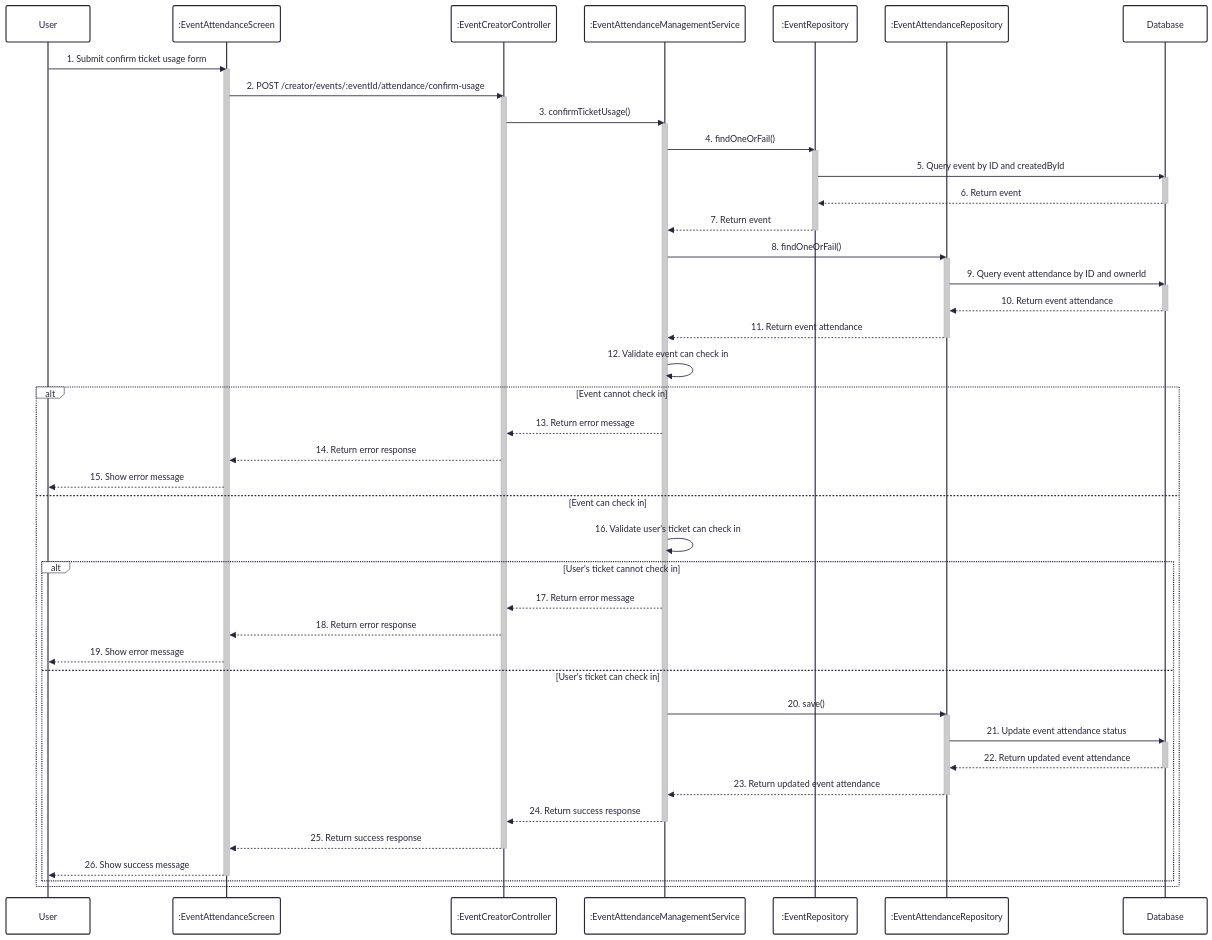
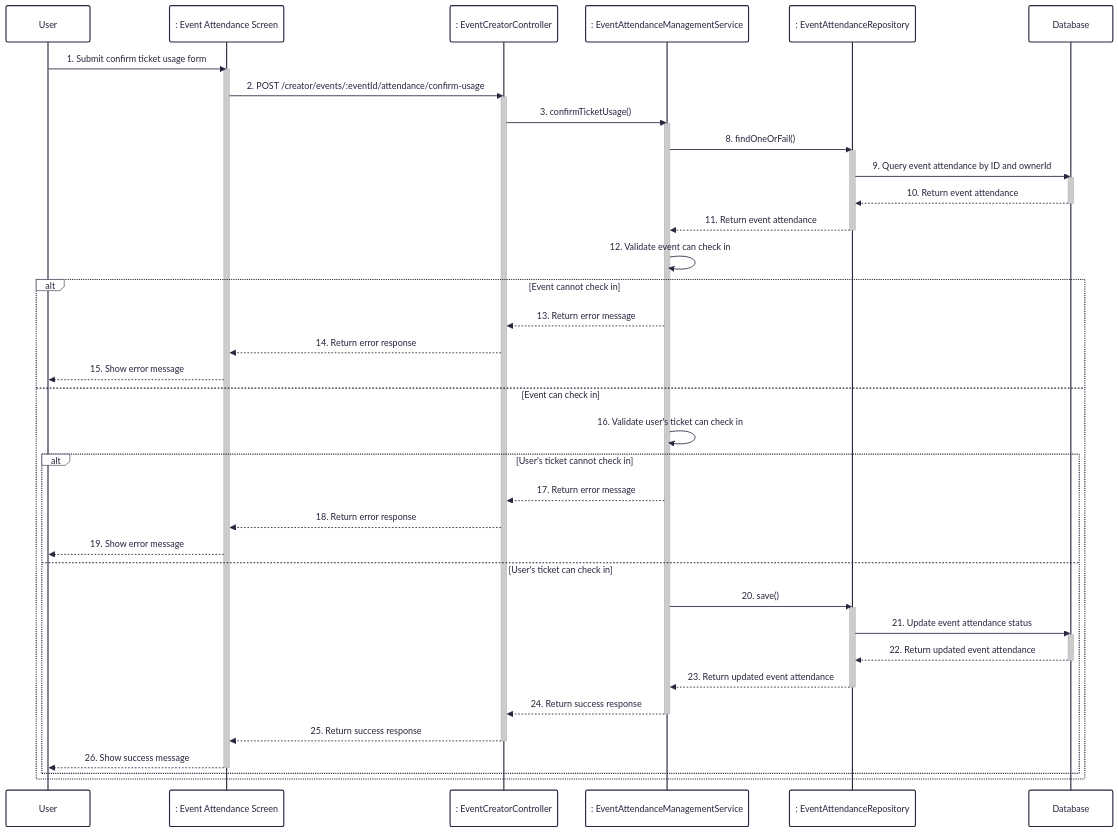
One commit to UrbanLens-2025/urban-lens_server changed the diagram in docs/sequence/10-confirm-ticket-usage.md. Above: the diagram before and after it, drawn with Mermaid. The commit also changed 29 other files, not shown here.

````diff
--- a/docs/sequence/10-confirm-ticket-usage.md
+++ b/docs/sequence/10-confirm-ticket-usage.md
@@ -1,66 +1,57 @@
 ```mermaid
 ---
 config:
   theme: redux
   look: classic
 ---
 sequenceDiagram
     participant User
-    participant EventAttendanceScreen as :EventAttendanceScreen
-    participant EventCreatorController as :EventCreatorController
-    participant EventAttendanceManagementService as :EventAttendanceManagementService
-    participant EventRepository as :EventRepository
-    participant EventAttendanceRepository as :EventAttendanceRepository
+    participant EventAttendanceScreen as : Event Attendance Screen
+    participant EventCreatorController as : EventCreatorController
+    participant EventAttendanceManagementService as : EventAttendanceManagementService
+    participant EventAttendanceRepository as : EventAttendanceRepository
     participant Database
 
     User->>EventAttendanceScreen: 1. Submit confirm ticket usage form
     activate EventAttendanceScreen
     EventAttendanceScreen->>EventCreatorController: 2. POST /creator/events/:eventId/attendance/confirm-usage
     activate EventCreatorController
     EventCreatorController->>EventAttendanceManagementService: 3. confirmTicketUsage()
     activate EventAttendanceManagementService
-    EventAttendanceManagementService->>EventRepository: 4. findOneOrFail()
-    activate EventRepository
-    EventRepository->>Database: 5. Query event by ID and createdById
-    activate Database
-    Database-->>EventRepository: 6. Return event
-    deactivate Database
-    EventRepository-->>EventAttendanceManagementService: 7. Return event
-    deactivate EventRepository
     EventAttendanceManagementService->>EventAttendanceRepository: 8. findOneOrFail()
     activate EventAttendanceRepository
     EventAttendanceRepository->>Database: 9. Query event attendance by ID and ownerId
     activate Database
     Database-->>EventAttendanceRepository: 10. Return event attendance
     deactivate Database
     EventAttendanceRepository-->>EventAttendanceManagementService: 11. Return event attendance
     deactivate EventAttendanceRepository
     EventAttendanceManagementService->>EventAttendanceManagementService: 12. Validate event can check in
     alt Event cannot check in
         EventAttendanceManagementService-->>EventCreatorController: 13. Return error message
         EventCreatorController-->>EventAttendanceScreen: 14. Return error response
         EventAttendanceScreen-->>User: 15. Show error message
     else Event can check in
         EventAttendanceManagementService->>EventAttendanceManagementService: 16. Validate user's ticket can check in
         alt User's ticket cannot check in
             EventAttendanceManagementService-->>EventCreatorController: 17. Return error message
             EventCreatorController-->>EventAttendanceScreen: 18. Return error response
             EventAttendanceScreen-->>User: 19. Show error message
         else User's ticket can check in
             EventAttendanceManagementService->>EventAttendanceRepository: 20. save()
             activate EventAttendanceRepository
             EventAttendanceRepository->>Database: 21. Update event attendance status
             activate Database
             Database-->>EventAttendanceRepository: 22. Return updated event attendance
             deactivate Database
             EventAttendanceRepository-->>EventAttendanceManagementService: 23. Return updated event attendance
             deactivate EventAttendanceRepository
             EventAttendanceManagementService-->>EventCreatorController: 24. Return success response
             deactivate EventAttendanceManagementService
             EventCreatorController-->>EventAttendanceScreen: 25. Return success response
             deactivate EventCreatorController
             EventAttendanceScreen-->>User: 26. Show success message
             deactivate EventAttendanceScreen
         end
     end
 ```
````
